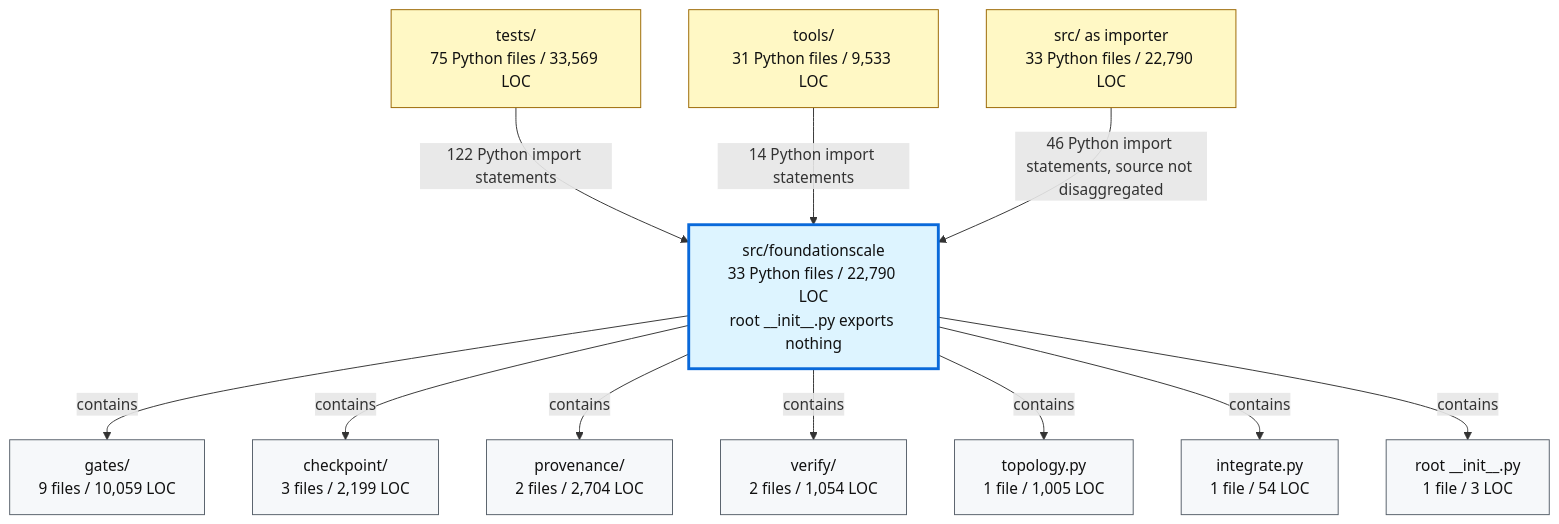
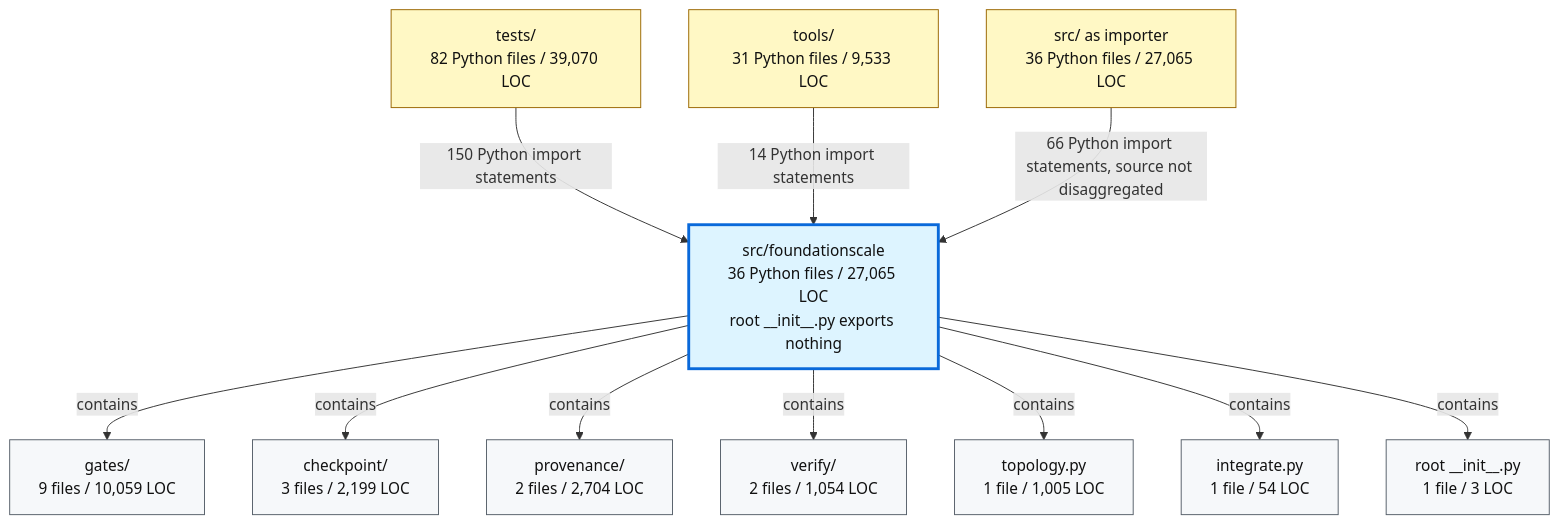
The second of 2 diagrams in docs/review/D2_current_architecture.md (TranNhiem/FoundationScale), drawn with Mermaid before and after one commit. The commit also changed other lines of this file and 13 other files, not shown here.

````diff
--- a/docs/review/D2_current_architecture.md
+++ b/docs/review/D2_current_architecture.md
@@ -97,36 +97,36 @@
 ```mermaid
 flowchart TB
-  TESTS["tests/<br/>75 Python files / 33,569 LOC"]
+  TESTS["tests/<br/>82 Python files / 39,070 LOC"]
   TOOLS["tools/<br/>31 Python files / 9,533 LOC"]
-  SRC["src/ as importer<br/>33 Python files / 22,790 LOC"]
+  SRC["src/ as importer<br/>36 Python files / 27,065 LOC"]
 
-  FS["src/foundationscale<br/>33 Python files / 22,790 LOC<br/>root __init__.py exports nothing"]
+  FS["src/foundationscale<br/>36 Python files / 27,065 LOC<br/>root __init__.py exports nothing"]
 
   GATES["gates/<br/>9 files / 10,059 LOC"]
   CKPT["checkpoint/<br/>3 files / 2,199 LOC"]
   PROV["provenance/<br/>2 files / 2,704 LOC"]
   VERIFY["verify/<br/>2 files / 1,054 LOC"]
   TOPO["topology.py<br/>1 file / 1,005 LOC"]
   INTEG["integrate.py<br/>1 file / 54 LOC"]
   ROOT["root __init__.py<br/>1 file / 3 LOC"]
 
-  TESTS -->|"122 Python import statements"| FS
+  TESTS -->|"150 Python import statements"| FS
   TOOLS -->|"14 Python import statements"| FS
-  SRC -->|"46 Python import statements, source not disaggregated"| FS
+  SRC -->|"66 Python import statements, source not disaggregated"| FS
 
   FS -->|"contains"| GATES
   FS -->|"contains"| CKPT
   FS -->|"contains"| PROV
   FS -->|"contains"| VERIFY
   FS -->|"contains"| TOPO
   FS -->|"contains"| INTEG
   FS -->|"contains"| ROOT
 
   classDef consumer fill:#fff8c5,stroke:#9a6700,color:#111;
   classDef package fill:#ddf4ff,stroke:#0969da,stroke-width:3px,color:#111;
   classDef module fill:#f6f8fa,stroke:#57606a,color:#111;
 
   class TESTS,TOOLS,SRC consumer;
   class FS package;
   class GATES,CKPT,PROV,VERIFY,TOPO,INTEG,ROOT module;
 ```
````
